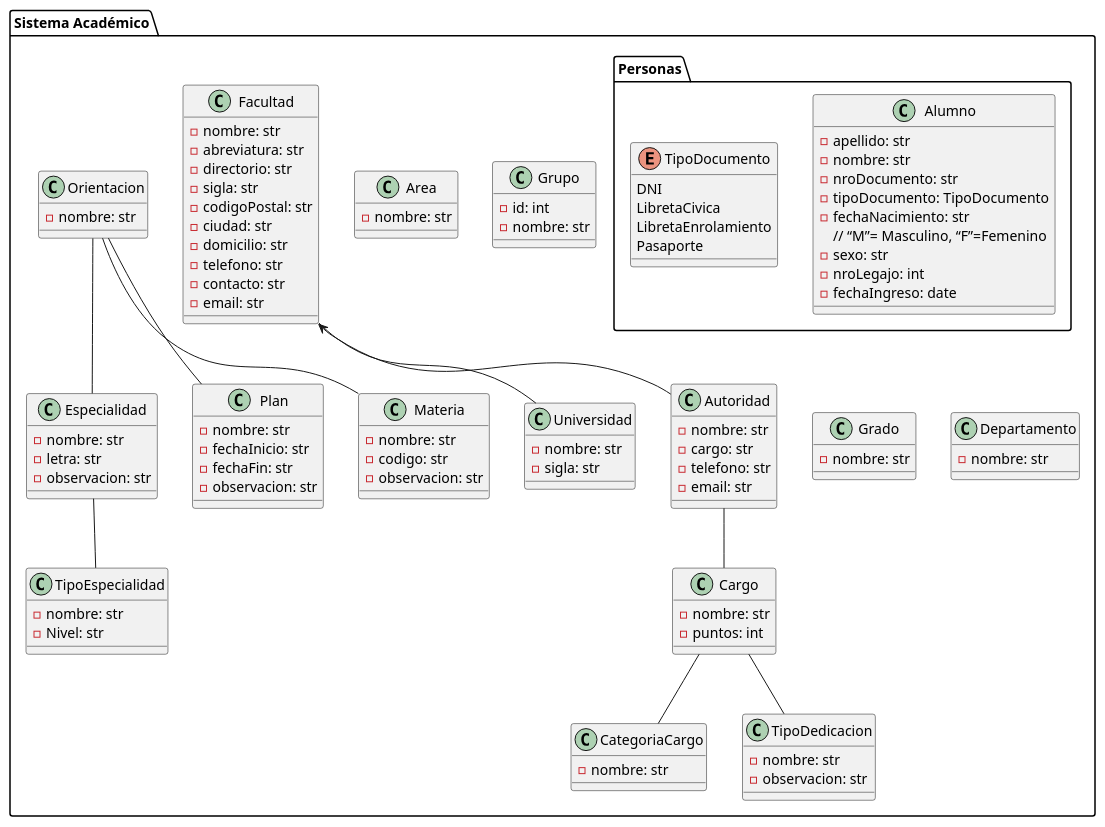
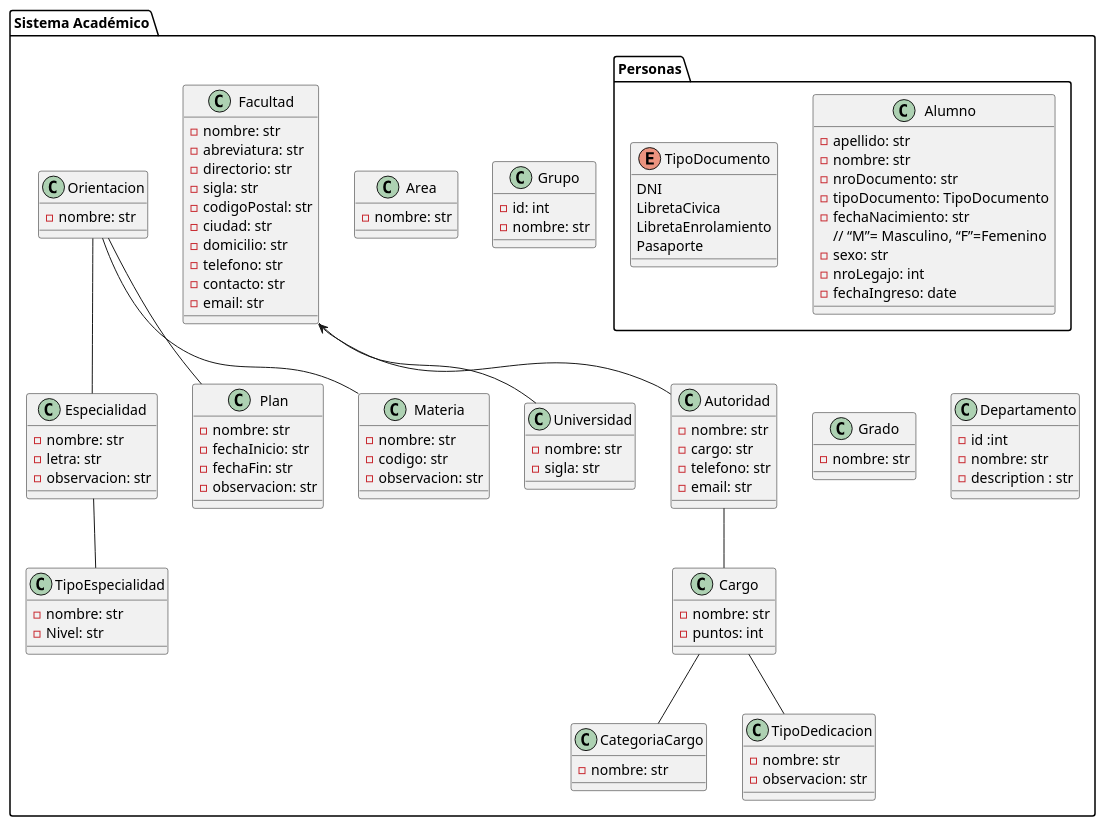
Before and after one commit to Juanpa1911/SysAcad2.0: the diagram in app/docs/sysacad_diagrama_de_clases.puml, drawn with PlantUML. The commit also changed 5 other files, not shown here.

```diff
--- a/app/docs/sysacad_diagrama_de_clases.puml
+++ b/app/docs/sysacad_diagrama_de_clases.puml
@@ -1,120 +1,122 @@
 @startuml Diagrama de Clases de sysacad
 package "Sistema Académico"{
     package "Personas"{
         class Alumno {
             - apellido: str
             - nombre: str
             - nroDocumento: str
             - tipoDocumento: TipoDocumento
             - fechaNacimiento: str
             // “M”= Masculino, “F”=Femenino
             - sexo: str
             - nroLegajo: int
             - fechaIngreso: date
         }
 
         enum TipoDocumento {
             DNI
             LibretaCivica
             LibretaEnrolamiento
             Pasaporte
         }
     }
 
     class Universidad {
         -nombre: str
         -sigla: str
     }
 
     class Facultad {
         -nombre: str
         -abreviatura: str
         -directorio: str
         -sigla: str
         -codigoPostal: str
         -ciudad: str
         -domicilio: str
         -telefono: str
         -contacto: str
         -email: str
     }
 
     class Autoridad {
         -nombre: str
         -cargo: str
         -telefono: str
         -email: str
     }
 
     class Area {
         - nombre: str
     }
 
     class Especialidad {
         - nombre: str
         - letra: str
         - observacion: str
     }
 
     class TipoEspecialidad {
         - nombre: str
         - Nivel: str
     }
 
     class Grupo {
         - id: int
         - nombre: str
     }
 
     class Plan {
         - nombre: str
         - fechaInicio: str
         - fechaFin: str
         - observacion: str
     }
 
     class Orientacion {
         - nombre: str
     }
 
     class Grado {
         - nombre: str
     }
 
     class Cargo {
         - nombre: str
         - puntos: int
         
     }
     
     class CategoriaCargo {
         - nombre: str
     } 
    
     class Materia {
         - nombre: str
         - codigo: str
         - observacion: str
     }
 
     class TipoDedicacion {
         - nombre: str
         - observacion: str
     }
 
     class Departamento {
+        - id :int
         - nombre: str
+        - description : str
     }
 
 
     Orientacion -- Especialidad
     Orientacion -- Plan
     Orientacion -- Materia
     Especialidad -- TipoEspecialidad
     Facultad <-- Autoridad
     Facultad -- Universidad
     Autoridad -- Cargo
     Cargo -- CategoriaCargo
     Cargo -- TipoDedicacion
 }
 @enduml
```
